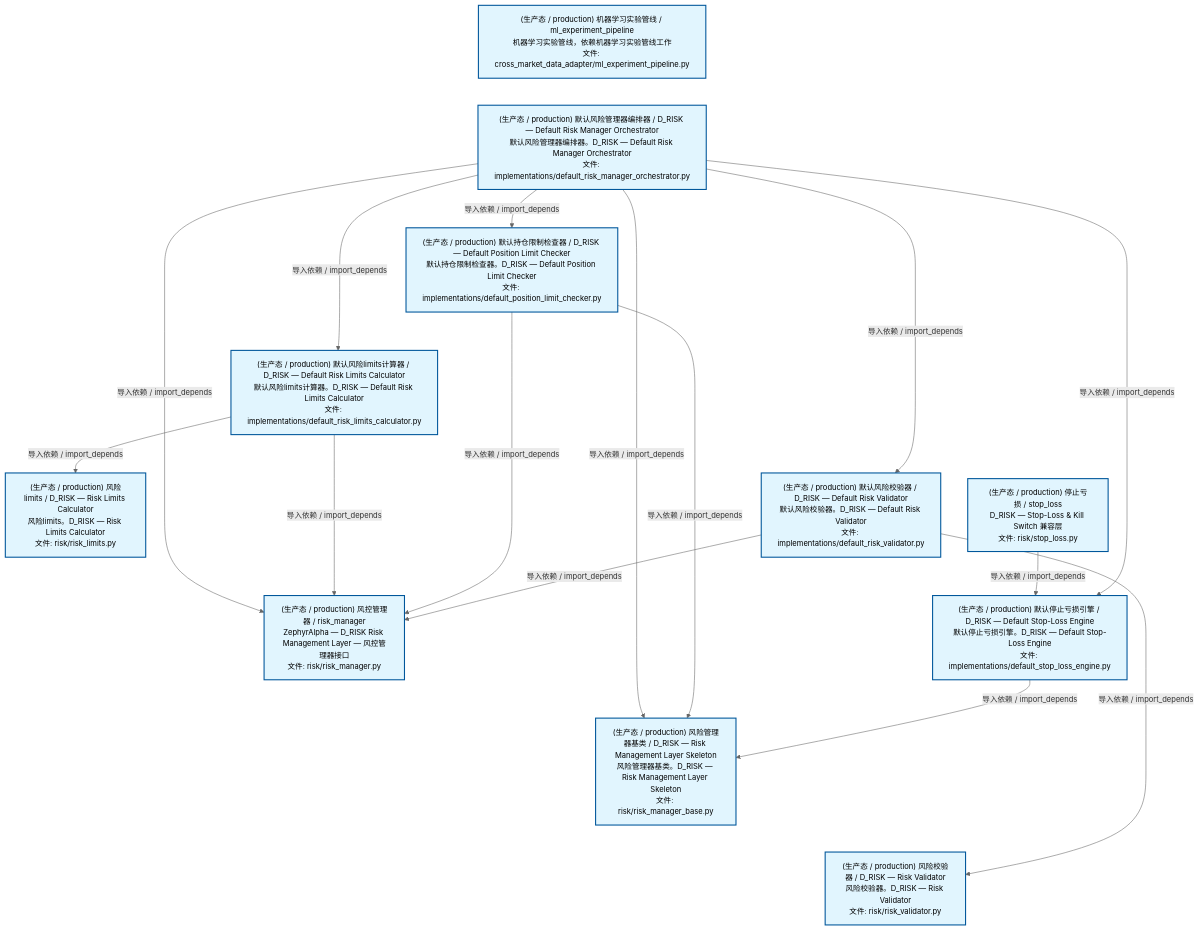
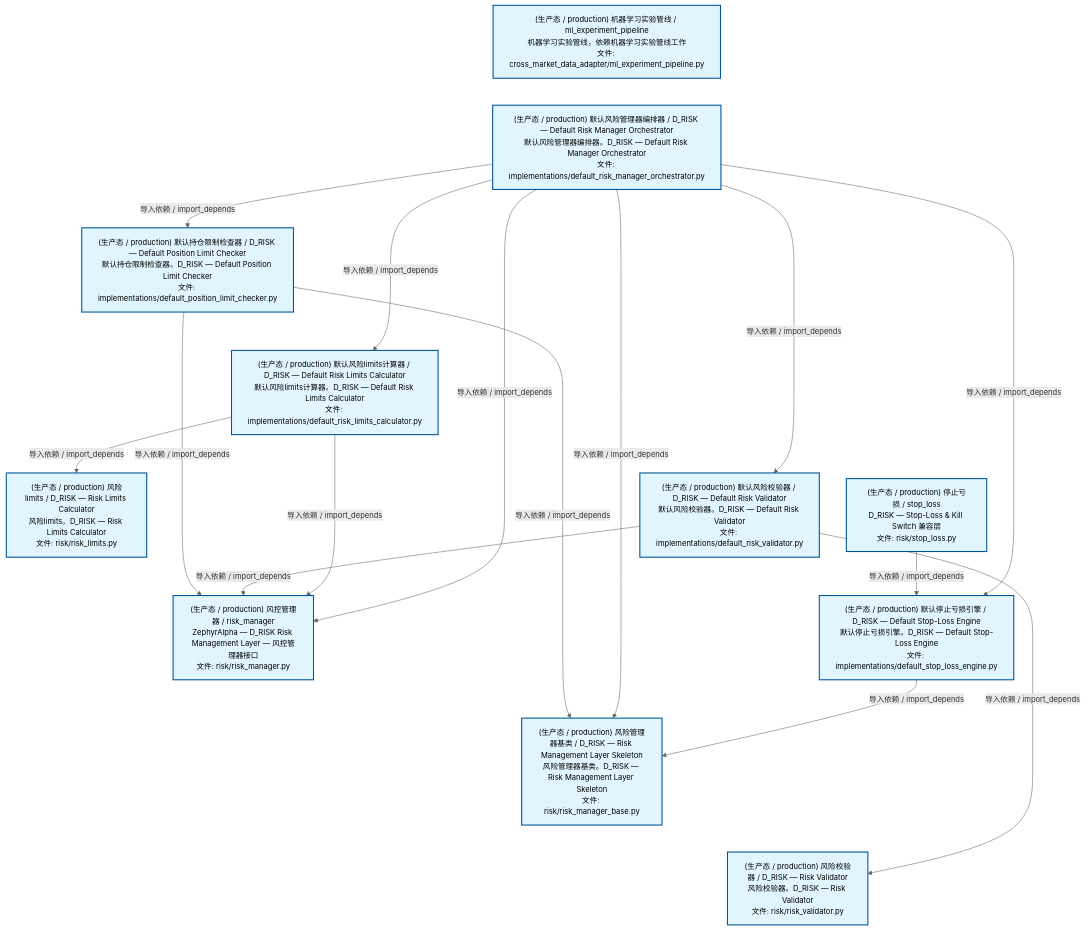
The second of 4 diagrams in docs/02_enterprise_architecture/02_domain_architecture_docs/65_d_risk.md (xuanFelixVan/ZephyrAlpha), drawn with Mermaid before and after one commit. The commit also changed other lines of this file and 50 other files, not shown here.

````diff
--- a/docs/02_enterprise_architecture/02_domain_architecture_docs/65_d_risk.md
+++ b/docs/02_enterprise_architecture/02_domain_architecture_docs/65_d_risk.md
@@ -134,42 +134,42 @@
 ```mermaid
 %%{init: {'theme': 'base', 'themeVariables': {'primaryColor': '#eaeaea', 'primaryTextColor': '#333333', 'primaryBorderColor': '#666666', 'lineColor': '#666666', 'secondaryColor': '#eaeaea', 'tertiaryColor': '#eaeaea', 'fontSize': '14px'}}}%%
 flowchart TD
     src_zephyr_risk_cross_asset_cross_market_data_adapter_ml_experiment_pipeline_py["(生产态 / production) 机器学习实验管线 / ml_experiment_pipeline<br/>机器学习实验管线，依赖机器学习实验管线工作<br/>文件: cross_market_data_adapter/ml_experiment_pipeline.py"]
     src_zephyr_risk_implementations_default_risk_manager_orchestrator_py["(生产态 / production) 默认风险管理器编排器 / D_RISK — Default Risk Manager Orchestrator<br/>默认风险管理器编排器。D_RISK — Default Risk Manager Orchestrator<br/>文件: implementations/default_risk_manager_orchestrator.py"]
     src_zephyr_risk_stop_loss_py["(生产态 / production) 停止亏损 / stop_loss<br/>D_RISK — Stop-Loss & Kill Switch 兼容层<br/>文件: risk/stop_loss.py"]
     src_zephyr_risk_cross_asset_cross_market_data_adapter_ml_experiment_pipeline_py ~~~ src_zephyr_risk_implementations_default_risk_manager_orchestrator_py
     src_zephyr_risk_implementations_default_risk_manager_orchestrator_py ~~~ src_zephyr_risk_stop_loss_py
     src_zephyr_risk_implementations_default_position_limit_checker_py["(生产态 / production) 默认持仓限制检查器 / D_RISK — Default Position Limit Checker<br/>默认持仓限制检查器。D_RISK — Default Position Limit Checker<br/>文件: implementations/default_position_limit_checker.py"]
     src_zephyr_risk_implementations_default_risk_limits_calculator_py["(生产态 / production) 默认风险limits计算器 / D_RISK — Default Risk Limits Calculator<br/>默认风险limits计算器。D_RISK — Default Risk Limits Calculator<br/>文件: implementations/default_risk_limits_calculator.py"]
     src_zephyr_risk_implementations_default_risk_validator_py["(生产态 / production) 默认风险校验器 / D_RISK — Default Risk Validator<br/>默认风险校验器。D_RISK — Default Risk Validator<br/>文件: implementations/default_risk_validator.py"]
     src_zephyr_risk_implementations_default_stop_loss_engine_py["(生产态 / production) 默认停止亏损引擎 / D_RISK — Default Stop-Loss Engine<br/>默认停止亏损引擎。D_RISK — Default Stop-Loss Engine<br/>文件: implementations/default_stop_loss_engine.py"]
     src_zephyr_risk_implementations_default_position_limit_checker_py ~~~ src_zephyr_risk_implementations_default_risk_limits_calculator_py
     src_zephyr_risk_implementations_default_risk_limits_calculator_py ~~~ src_zephyr_risk_implementations_default_risk_validator_py
     src_zephyr_risk_implementations_default_risk_validator_py ~~~ src_zephyr_risk_implementations_default_stop_loss_engine_py
     src_zephyr_risk_risk_limits_py["(生产态 / production) 风险limits / D_RISK — Risk Limits Calculator<br/>风险limits。D_RISK — Risk Limits Calculator<br/>文件: risk/risk_limits.py"]
     src_zephyr_risk_risk_manager_py["(生产态 / production) 风控管理器 / risk_manager<br/>ZephyrAlpha — D_RISK Risk Management Layer — 风控管理器接口<br/>文件: risk/risk_manager.py"]
     src_zephyr_risk_risk_manager_base_py["(生产态 / production) 风险管理器基类 / D_RISK — Risk Management Layer Skeleton<br/>风险管理器基类。D_RISK — Risk Management Layer Skeleton<br/>文件: risk/risk_manager_base.py"]
     src_zephyr_risk_risk_validator_py["(生产态 / production) 风险校验器 / D_RISK — Risk Validator<br/>风险校验器。D_RISK — Risk Validator<br/>文件: risk/risk_validator.py"]
     src_zephyr_risk_risk_limits_py ~~~ src_zephyr_risk_risk_manager_py
     src_zephyr_risk_risk_manager_py ~~~ src_zephyr_risk_risk_manager_base_py
     src_zephyr_risk_risk_manager_base_py ~~~ src_zephyr_risk_risk_validator_py
     src_zephyr_risk_stop_loss_py -->|导入依赖 / import_depends| src_zephyr_risk_implementations_default_stop_loss_engine_py
+    src_zephyr_risk_implementations_default_position_limit_checker_py -->|导入依赖 / import_depends| src_zephyr_risk_risk_manager_base_py
+    src_zephyr_risk_implementations_default_position_limit_checker_py -->|导入依赖 / import_depends| src_zephyr_risk_risk_manager_py
+    src_zephyr_risk_implementations_default_risk_validator_py -->|导入依赖 / import_depends| src_zephyr_risk_risk_validator_py
+    src_zephyr_risk_implementations_default_risk_validator_py -->|导入依赖 / import_depends| src_zephyr_risk_risk_manager_py
+    src_zephyr_risk_implementations_default_risk_limits_calculator_py -->|导入依赖 / import_depends| src_zephyr_risk_risk_manager_py
+    src_zephyr_risk_implementations_default_risk_limits_calculator_py -->|导入依赖 / import_depends| src_zephyr_risk_risk_limits_py
+    src_zephyr_risk_implementations_default_risk_manager_orchestrator_py -->|导入依赖 / import_depends| src_zephyr_risk_risk_manager_base_py
     src_zephyr_risk_implementations_default_risk_manager_orchestrator_py -->|导入依赖 / import_depends| src_zephyr_risk_risk_manager_py
-    src_zephyr_risk_implementations_default_risk_manager_orchestrator_py -->|导入依赖 / import_depends| src_zephyr_risk_risk_manager_base_py
-    src_zephyr_risk_implementations_default_risk_manager_orchestrator_py -->|导入依赖 / import_depends| src_zephyr_risk_implementations_default_risk_limits_calculator_py
     src_zephyr_risk_implementations_default_risk_manager_orchestrator_py -->|导入依赖 / import_depends| src_zephyr_risk_implementations_default_position_limit_checker_py
     src_zephyr_risk_implementations_default_risk_manager_orchestrator_py -->|导入依赖 / import_depends| src_zephyr_risk_implementations_default_risk_validator_py
+    src_zephyr_risk_implementations_default_risk_manager_orchestrator_py -->|导入依赖 / import_depends| src_zephyr_risk_implementations_default_risk_limits_calculator_py
     src_zephyr_risk_implementations_default_risk_manager_orchestrator_py -->|导入依赖 / import_depends| src_zephyr_risk_implementations_default_stop_loss_engine_py
-    src_zephyr_risk_implementations_default_risk_limits_calculator_py -->|导入依赖 / import_depends| src_zephyr_risk_risk_limits_py
-    src_zephyr_risk_implementations_default_risk_limits_calculator_py -->|导入依赖 / import_depends| src_zephyr_risk_risk_manager_py
-    src_zephyr_risk_implementations_default_position_limit_checker_py -->|导入依赖 / import_depends| src_zephyr_risk_risk_manager_py
-    src_zephyr_risk_implementations_default_position_limit_checker_py -->|导入依赖 / import_depends| src_zephyr_risk_risk_manager_base_py
-    src_zephyr_risk_implementations_default_risk_validator_py -->|导入依赖 / import_depends| src_zephyr_risk_risk_manager_py
-    src_zephyr_risk_implementations_default_risk_validator_py -->|导入依赖 / import_depends| src_zephyr_risk_risk_validator_py
     src_zephyr_risk_implementations_default_stop_loss_engine_py -->|导入依赖 / import_depends| src_zephyr_risk_risk_manager_base_py
     classDef production fill:#e1f5fe,stroke:#01579b,stroke-width:2px,color:#000
     classDef design fill:#fff3e0,stroke:#e65100,stroke-width:2px,color:#000,stroke-dasharray: 5 5
     classDef external_prod fill:#e8f4fd,stroke:#0277bd,stroke-width:1px,color:#000
     classDef external_design fill:#fff8e7,stroke:#ef6c00,stroke-width:1px,color:#000,stroke-dasharray: 5 5
     class src_zephyr_risk_cross_asset_cross_market_data_adapter_ml_experiment_pipeline_py,src_zephyr_risk_implementations_default_position_limit_checker_py,src_zephyr_risk_implementations_default_risk_limits_calculator_py,src_zephyr_risk_implementations_default_risk_manager_orchestrator_py,src_zephyr_risk_implementations_default_risk_validator_py,src_zephyr_risk_implementations_default_stop_loss_engine_py,src_zephyr_risk_risk_limits_py,src_zephyr_risk_risk_manager_py,src_zephyr_risk_risk_manager_base_py,src_zephyr_risk_risk_validator_py,src_zephyr_risk_stop_loss_py production
 ```
````
